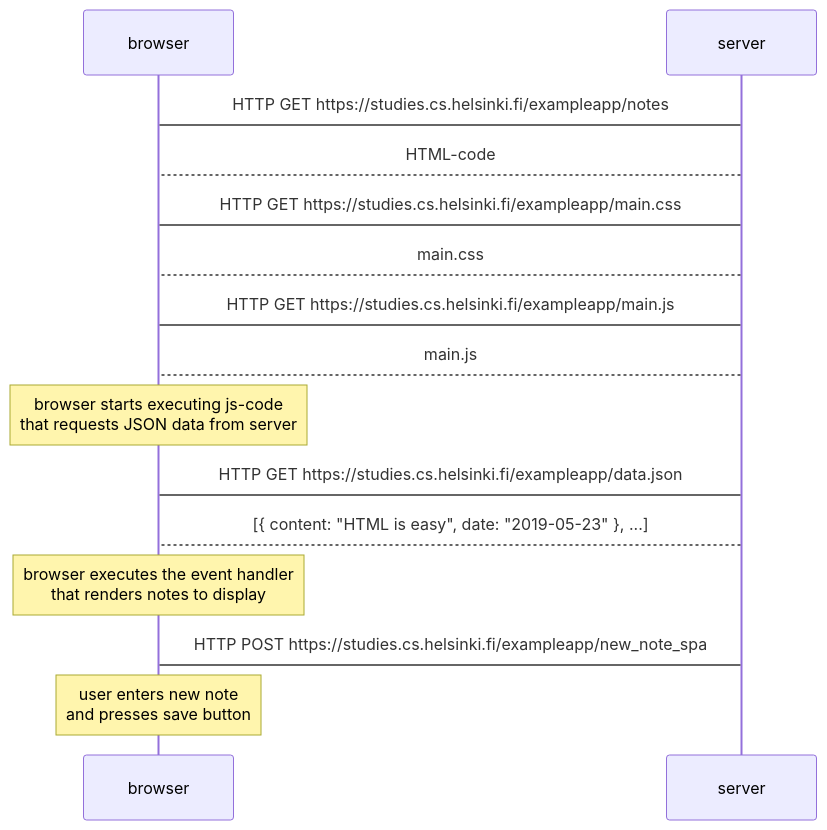
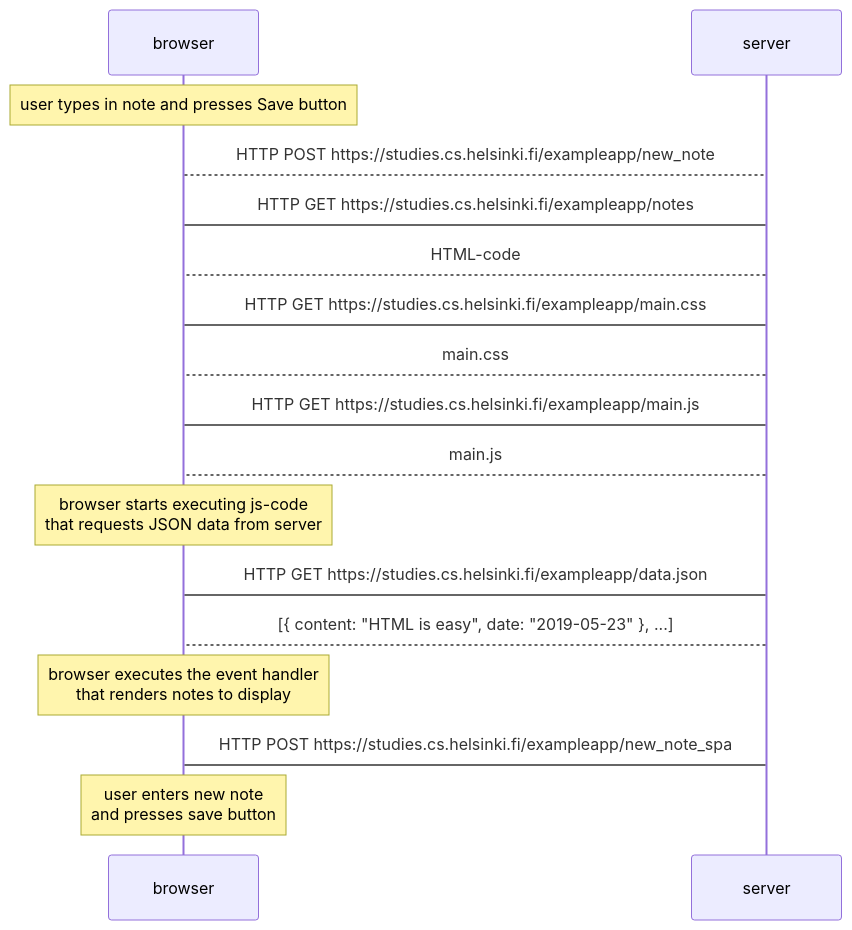
The diagram in newNoteDiagram.md (BoazBerkers/Full-Stack-Open-2022), drawn with Mermaid before and after one commit.

Commit message:
Exercise 0.4

````diff
--- a/newNoteDiagram.md
+++ b/newNoteDiagram.md
@@ -1,21 +1,23 @@
 ```mermaid
 sequenceDiagram
+Note over browser: user types in note and presses Save button
+browser-->server: HTTP POST https://studies.cs.helsinki.fi/exampleapp/new_note
 browser->server: HTTP GET https://studies.cs.helsinki.fi/exampleapp/notes
 server-->browser: HTML-code
 browser->server: HTTP GET https://studies.cs.helsinki.fi/exampleapp/main.css
 server-->browser: main.css
 browser->server: HTTP GET https://studies.cs.helsinki.fi/exampleapp/main.js
 server-->browser: main.js
 
 Note over browser: browser starts executing js-code <br/> that requests JSON data from server 
 
 browser->server: HTTP GET https://studies.cs.helsinki.fi/exampleapp/data.json
 server-->browser: [{ content: "HTML is easy", date: "2019-05-23" }, ...]
 
 Note over browser: browser executes the event handler <br/> that renders notes to display
 
 browser->server: HTTP POST	https://studies.cs.helsinki.fi/exampleapp/new_note_spa
 
 Note over browser: user enters new note <br/> and presses save button
     
 ```
````
